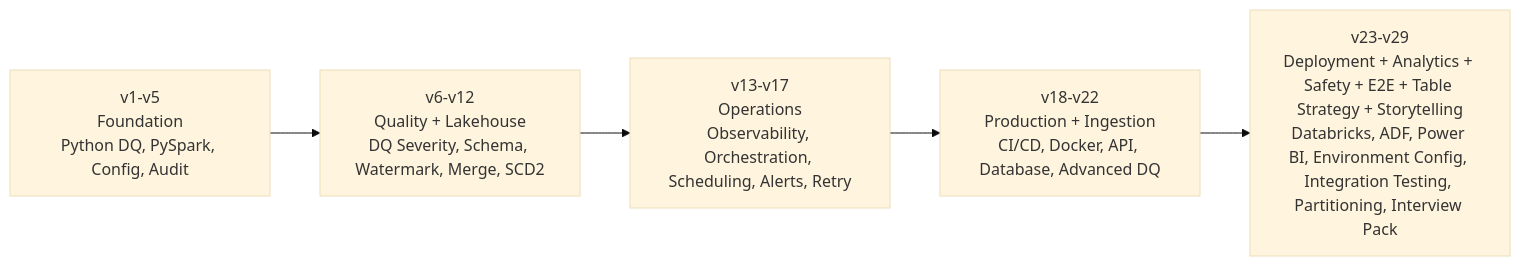
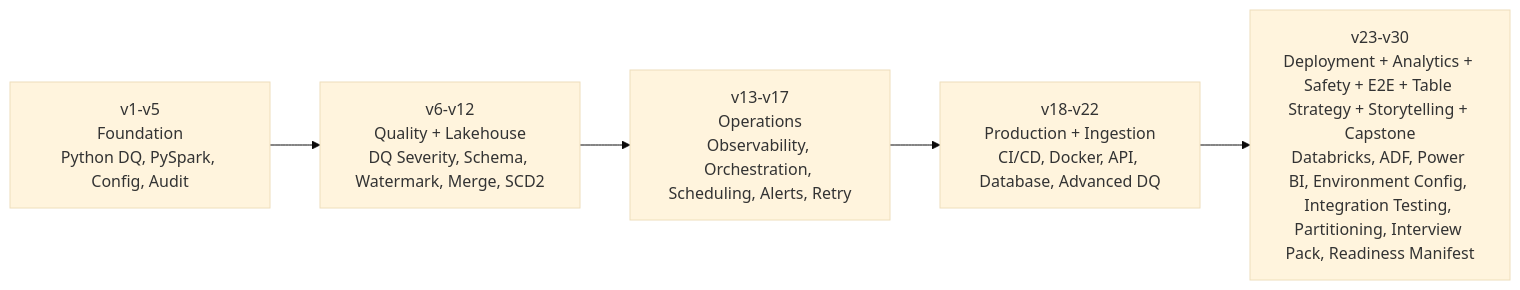
One commit to Rohith-S-98/data-engineering-project changed the second of 2 diagrams in README.md. Above: the diagram before and after it, drawn with Mermaid (base theme). The commit also changed other lines of this file, not shown here.

Commit message:
update readme for v30 capstone release

````diff
--- a/README.md
+++ b/README.md
@@ -65,7 +66,7 @@
 ```mermaid
 flowchart LR
     A[v1-v5<br/>Foundation<br/>Python DQ, PySpark, Config, Audit] --> B[v6-v12<br/>Quality + Lakehouse<br/>DQ Severity, Schema, Watermark, Merge, SCD2]
     B --> C[v13-v17<br/>Operations<br/>Observability, Orchestration, Scheduling, Alerts, Retry]
     C --> D[v18-v22<br/>Production + Ingestion<br/>CI/CD, Docker, API, Database, Advanced DQ]
-    D --> E[v23-v29<br/>Deployment + Analytics + Safety + E2E + Table Strategy + Storytelling<br/>Databricks, ADF, Power BI, Environment Config, Integration Testing, Partitioning, Interview Pack]
+    D --> E[v23-v30<br/>Deployment + Analytics + Safety + E2E + Table Strategy + Storytelling + Capstone<br/>Databricks, ADF, Power BI, Environment Config, Integration Testing, Partitioning, Interview Pack, Readiness Manifest]
 ```
````
